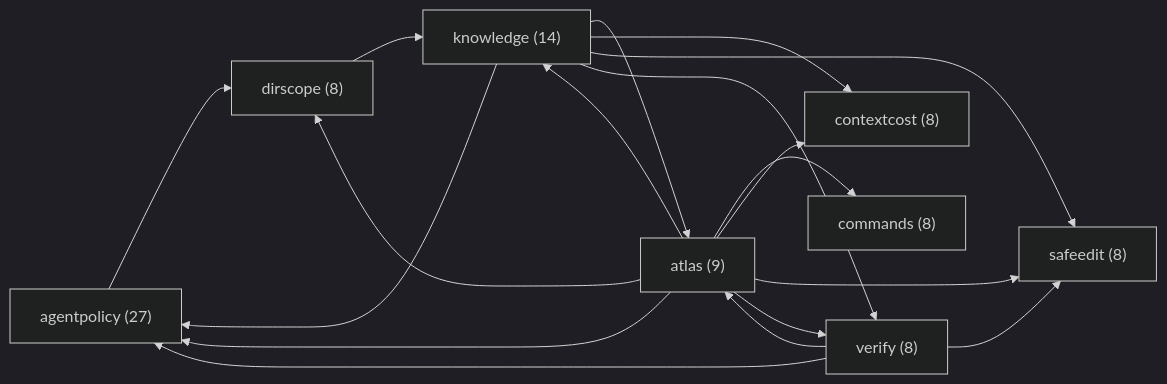
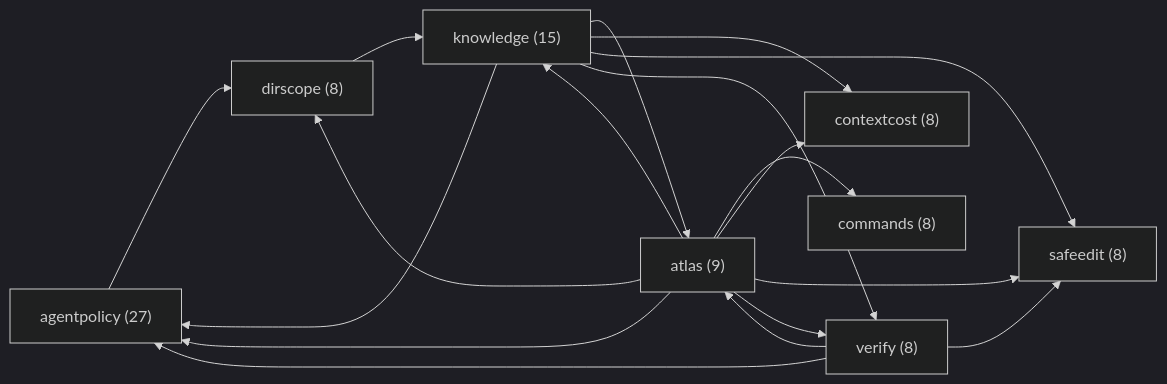
The diagram in docs/MODULES.md (HLIntel/Headron), drawn with Mermaid (dark theme) before and after one commit. The commit also changed other lines of this file and 28 other files, not shown here.

````diff
--- a/docs/MODULES.md
+++ b/docs/MODULES.md
@@ -8,28 +8,28 @@
 ```mermaid
 flowchart LR
   m_agentpolicy["agentpolicy (27)"]
   m_atlas["atlas (9)"]
   m_commands["commands (8)"]
   m_contextcost["contextcost (8)"]
   m_dirscope["dirscope (8)"]
-  m_knowledge["knowledge (14)"]
+  m_knowledge["knowledge (15)"]
   m_safeedit["safeedit (8)"]
   m_verify["verify (8)"]
   m_agentpolicy --> m_dirscope
   m_atlas --> m_agentpolicy
   m_atlas --> m_commands
   m_atlas --> m_contextcost
   m_atlas --> m_dirscope
   m_atlas --> m_knowledge
   m_atlas --> m_safeedit
   m_atlas --> m_verify
   m_dirscope --> m_knowledge
   m_knowledge --> m_agentpolicy
   m_knowledge --> m_atlas
   m_knowledge --> m_contextcost
   m_knowledge --> m_safeedit
   m_knowledge --> m_verify
   m_verify --> m_agentpolicy
   m_verify --> m_atlas
   m_verify --> m_safeedit
 ```
````
